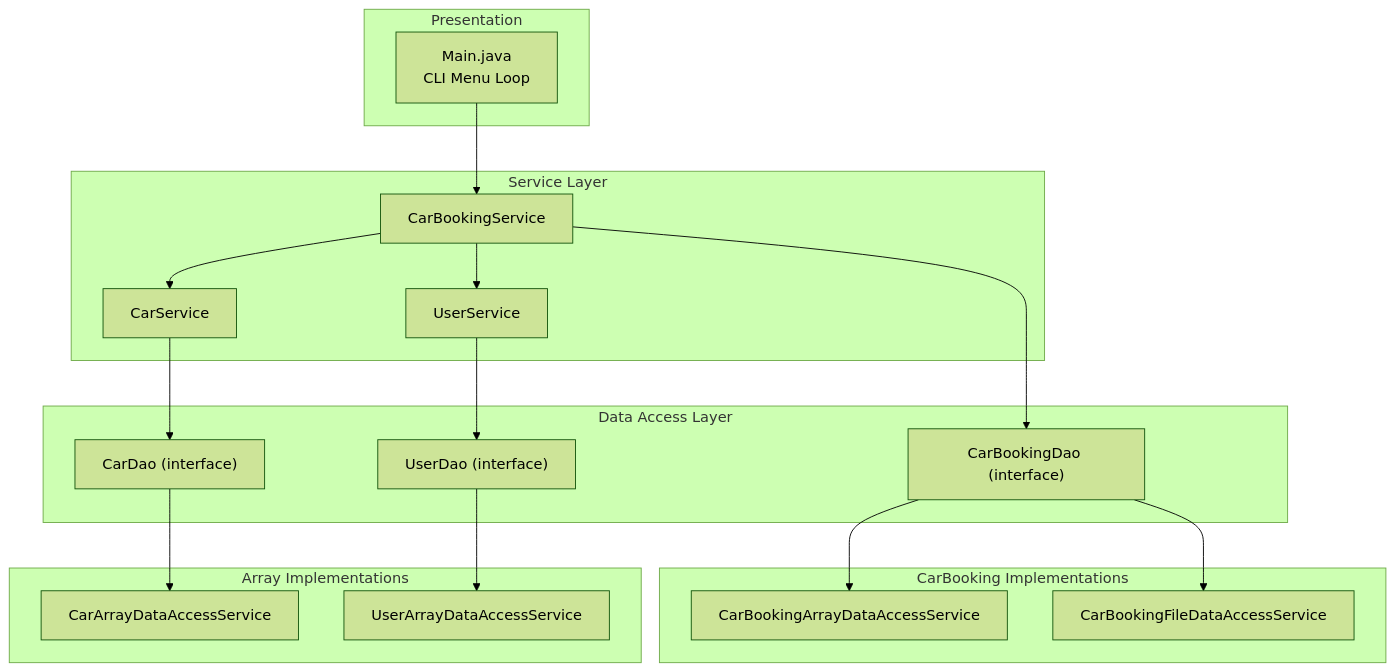
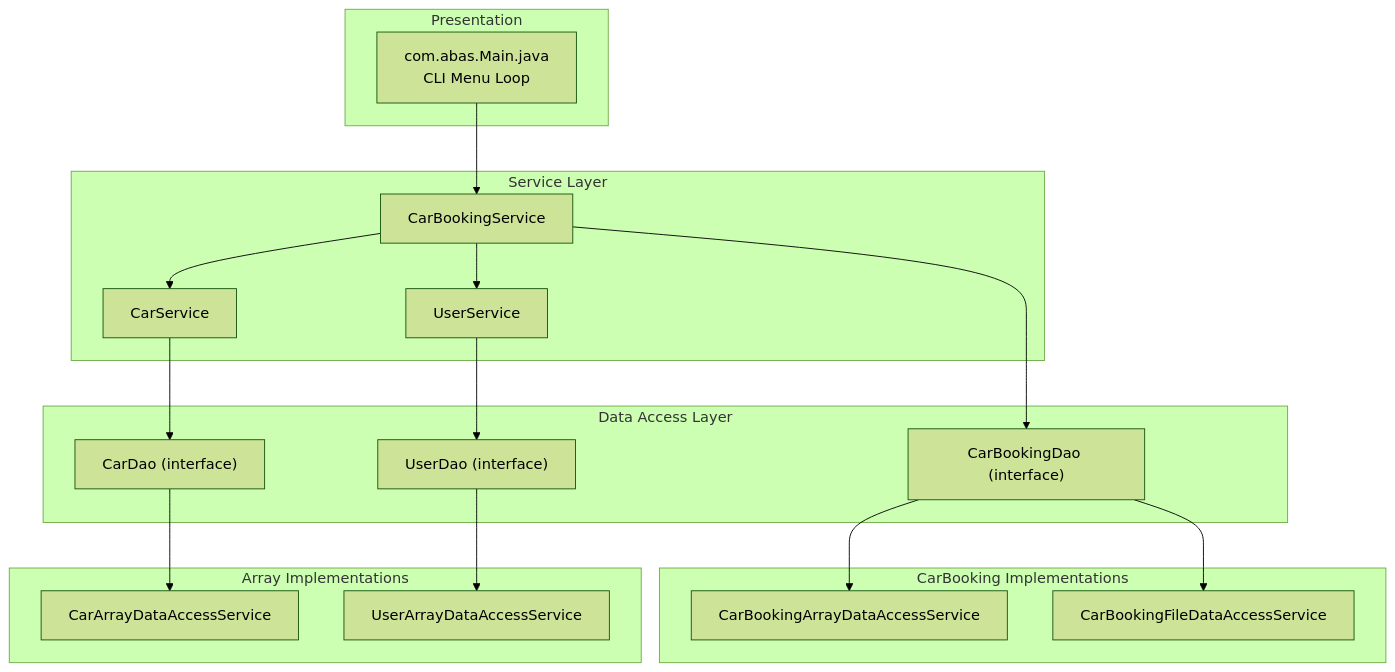
The sixth of 10 diagrams in README.md (Ajama0/java-master-class), drawn with Mermaid (forest theme) before and after one commit. The commit also changed other lines of this file and 13 other files, not shown here.

````diff
--- a/README.md
+++ b/README.md
@@ -437,39 +437,39 @@
 ```mermaid
 graph TB
     subgraph Presentation
-        M[Main.java<br>CLI Menu Loop]
+        M[com.abas.Main.java<br>CLI Menu Loop]
     end
 
     subgraph Service Layer
         CBS[CarBookingService]
         CS[CarService]
         US[UserService]
     end
 
     subgraph Data Access Layer
         CBD["CarBookingDao (interface)"]
         CD["CarDao (interface)"]
         UD["UserDao (interface)"]
     end
 
     subgraph CarBooking Implementations
         CBDA[CarBookingArrayDataAccessService]
         CBDF[CarBookingFileDataAccessService]
     end
 
     subgraph Array Implementations
         CDA[CarArrayDataAccessService]
         UDA[UserArrayDataAccessService]
     end
 
     M --> CBS
     CBS --> CS
     CBS --> US
     CBS --> CBD
     CS --> CD
     US --> UD
     CBD --> CBDA
     CBD --> CBDF
     CD --> CDA
     UD --> UDA
 ```
````
